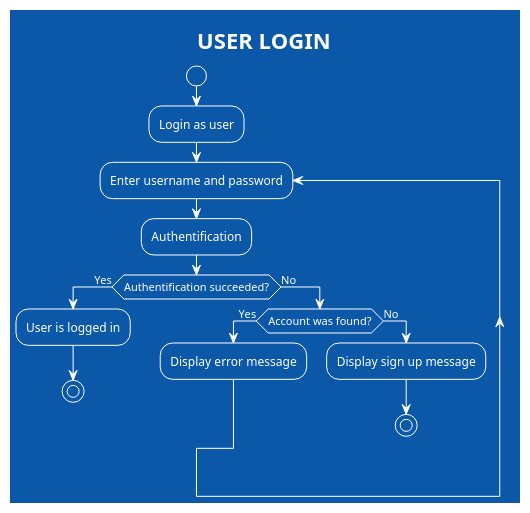
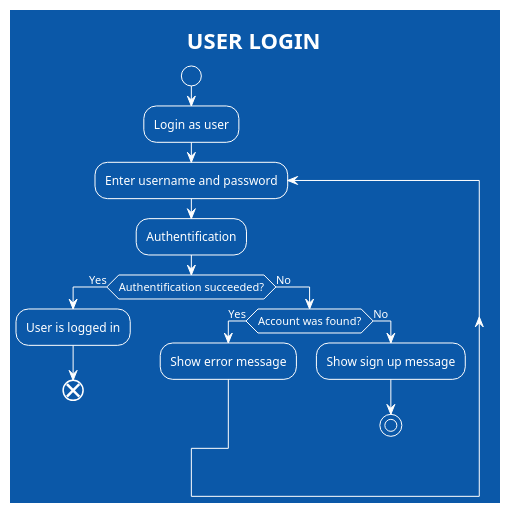
Before and after one commit to Gabe-Alvess/LibraryAppDiagrams: the first of 5 diagrams in flowcharts/flowchats.md, drawn with PlantUML. The commit also changed other lines of this file and 3 other files, not shown here.

````diff
--- a/flowcharts/flowchats.md
+++ b/flowcharts/flowchats.md
@@ -1,24 +1,24 @@
 ```plantuml
 
 @startuml
 
 !theme amiga
 title USER LOGIN
 
 start
 :Login as user;
 repeat :Enter username and password;
 :Authentification;
 if(Authentification succeeded?) then (Yes)
 :User is logged in;
-stop
+end
 else (No)
 if (Account was found?) then (Yes)
-:Display error message;
+:Show error message;
 else (No)
-:Display sign up message;
+:Show sign up message;
 stop
 
 @enduml
 
 ```
````
